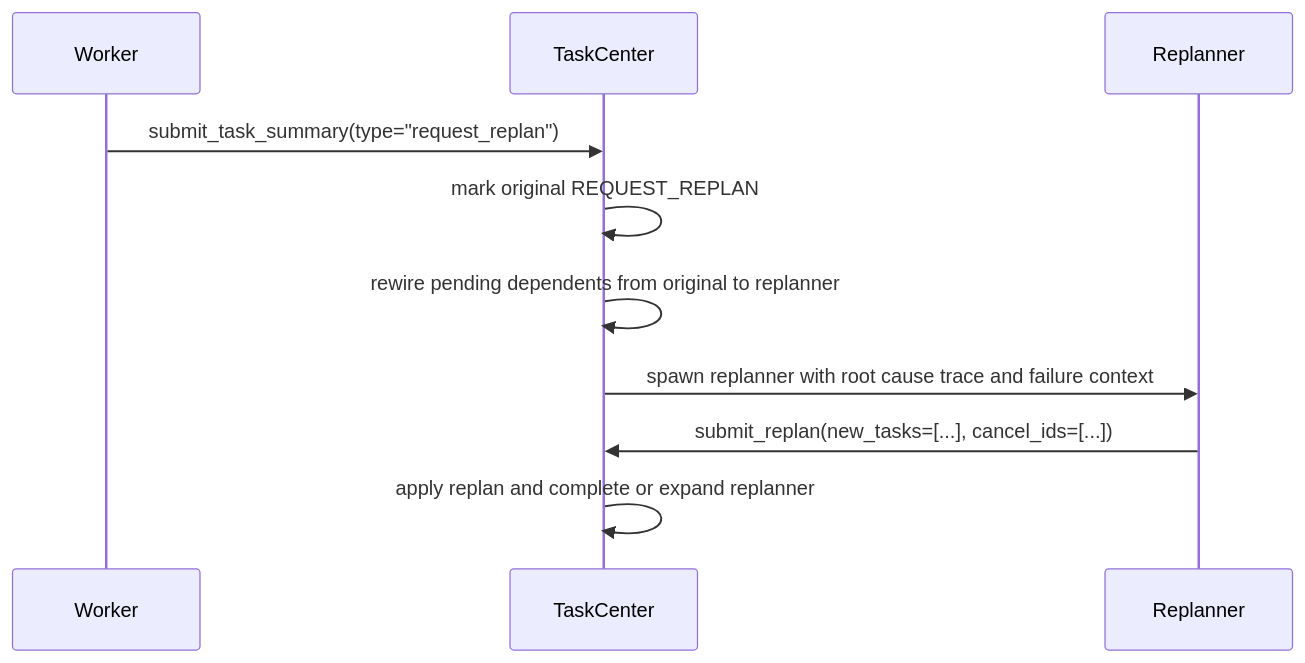
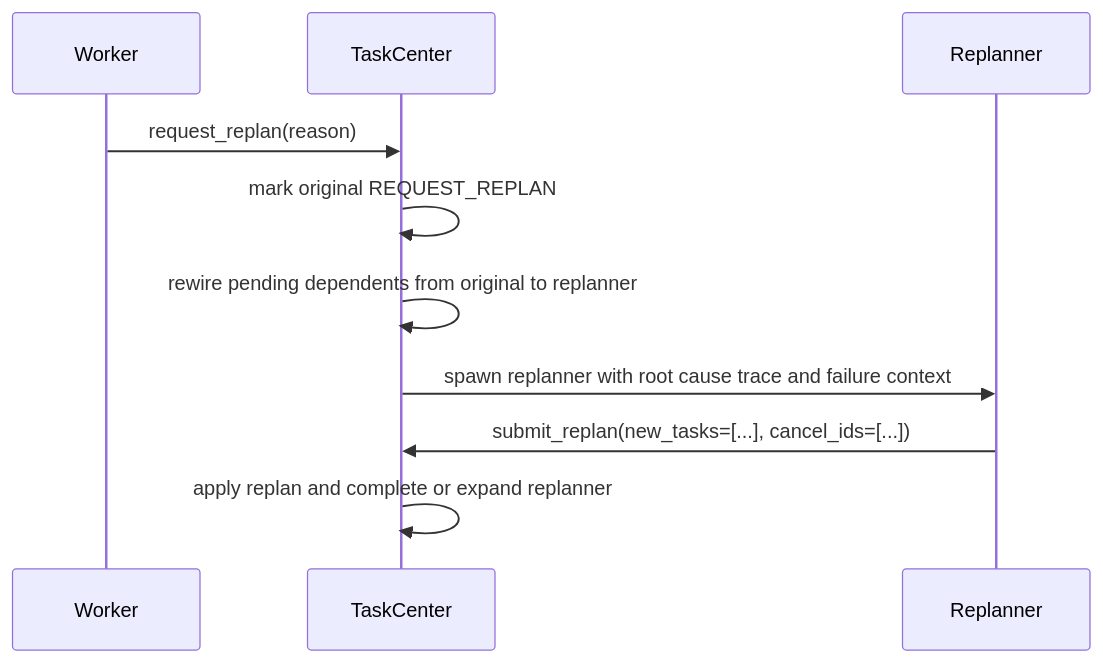
Before and after one commit to Ephemeral-AI-Lab/ephemeral-sandbox: the second of 2 diagrams in docs/architecture/team-coordination.md, drawn with Mermaid. The commit also changed other lines of this file and 46 other files, not shown here.

````diff
--- a/docs/architecture/team-coordination.md
+++ b/docs/architecture/team-coordination.md
@@ -27,13 +27,13 @@
 ```mermaid
 sequenceDiagram
     participant Worker
     participant TaskCenter
     participant Replanner
 
-    Worker->>TaskCenter: submit_task_summary(type="request_replan")
+    Worker->>TaskCenter: request_replan(reason)
     TaskCenter->>TaskCenter: mark original REQUEST_REPLAN
     TaskCenter->>TaskCenter: rewire pending dependents from original to replanner
     TaskCenter->>Replanner: spawn replanner with root cause trace and failure context
     Replanner->>TaskCenter: submit_replan(new_tasks=[...], cancel_ids=[...])
     TaskCenter->>TaskCenter: apply replan and complete or expand replanner
 ```
````
